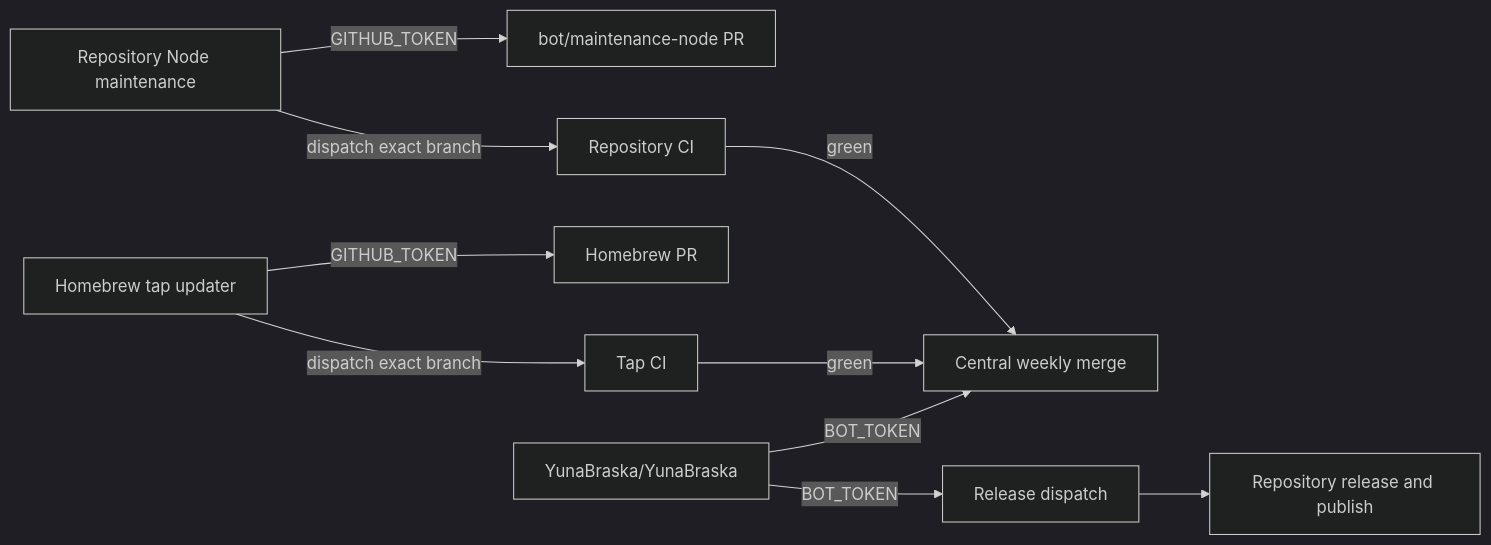
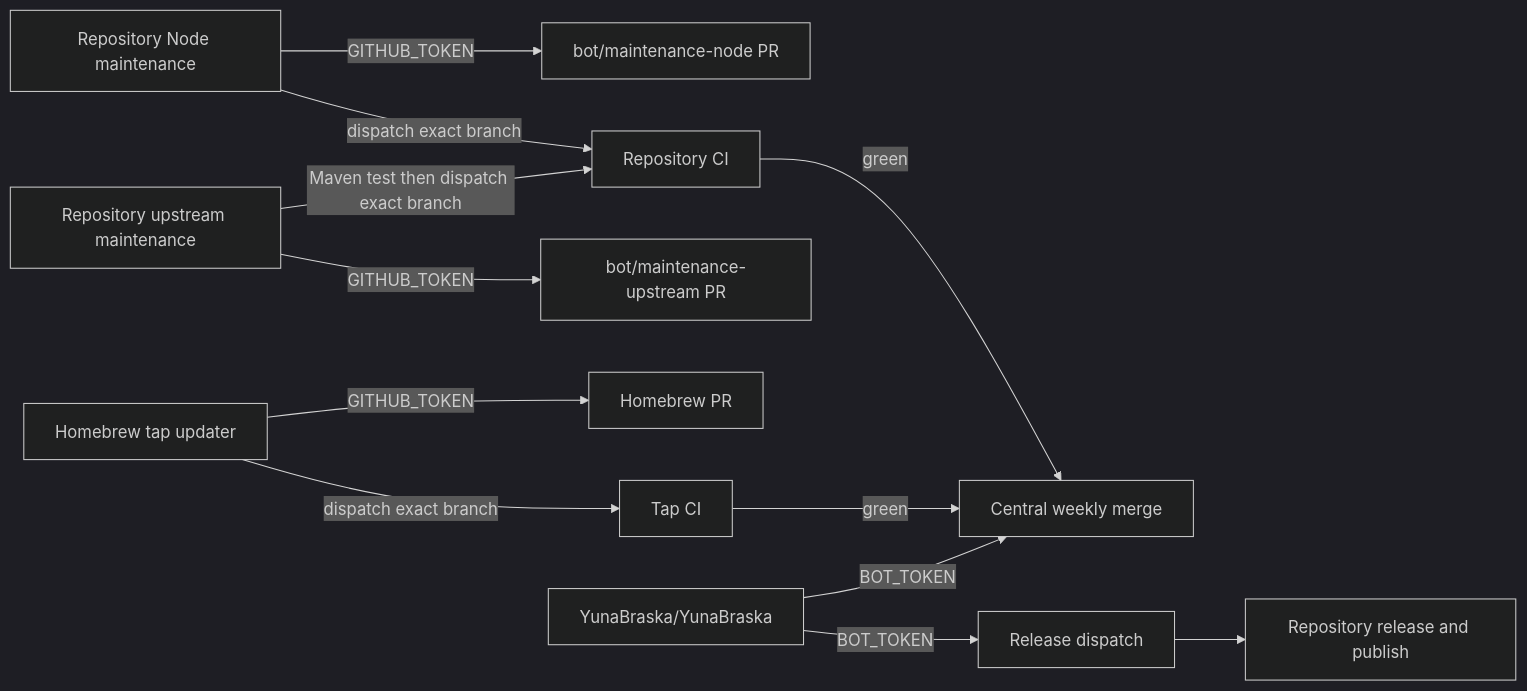
Before and after one commit to YunaBraska/YunaBraska: the diagram in AUTOMATION.md, drawn with Mermaid (dark theme). The commit also changed other lines of this file and 3 other files, not shown here.

Commit message:
ci: share upstream maintenance (#83)

````diff
--- a/AUTOMATION.md
+++ b/AUTOMATION.md
@@ -6,12 +7,14 @@
 ```mermaid
 flowchart LR
   N[Repository Node maintenance] -->|GITHUB_TOKEN| R[bot/maintenance-node PR]
   N -->|dispatch exact branch| V[Repository CI]
+  U[Repository upstream maintenance] -->|GITHUB_TOKEN| UPR[bot/maintenance-upstream PR]
+  U -->|Maven test then dispatch exact branch| V
   V -->|green| M[Central weekly merge]
   T[Homebrew tap updater] -->|GITHUB_TOKEN| P[Homebrew PR]
   T -->|dispatch exact branch| H[Tap CI]
   H -->|green| M
   C[YunaBraska/YunaBraska] -->|BOT_TOKEN| M
   C -->|BOT_TOKEN| D[Release dispatch]
   D --> L[Repository release and publish]
 ```
````
